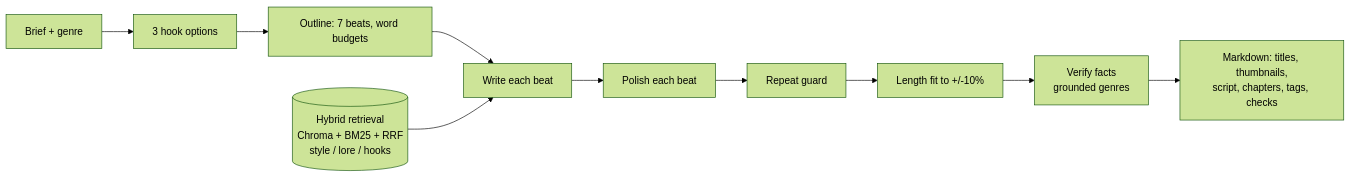
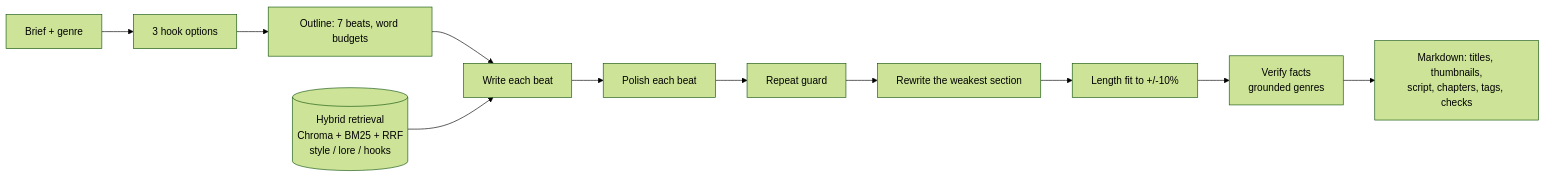
The diagram in README.md (Nix-ml-journey/LocalRAG), drawn with Mermaid (forest theme) before and after one commit. The commit also changed other lines of this file and 10 other files, not shown here.

First line of the commit message:
feat: outline thinking fallback, weakest-section rewrite, tense/PAUSE/crutch-word checks, shared narration rules, 17-brief eval

````diff
--- a/README.md
+++ b/README.md
@@ -9,12 +9,13 @@
 ```mermaid
 flowchart LR
     B[Brief + genre] --> H[3 hook options]
     H --> O[Outline: 7 beats, word budgets]
     O --> W[Write each beat]
     R[(Hybrid retrieval<br/>Chroma + BM25 + RRF<br/>style / lore / hooks)] --> W
     W --> P[Polish each beat]
     P --> D[Repeat guard]
-    D --> F[Length fit to +/-10%]
+    D --> RV[Rewrite the weakest section]
+    RV --> F[Length fit to +/-10%]
     F --> V[Verify facts<br/>grounded genres]
     V --> M[Markdown: titles, thumbnails,<br/>script, chapters, tags, checks]
 ```
````
